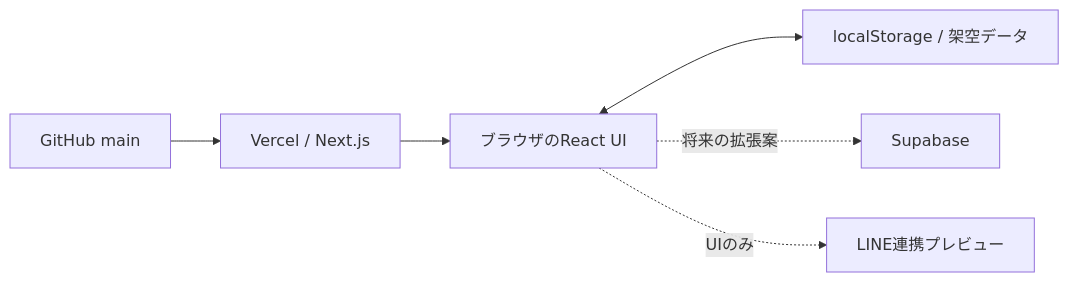
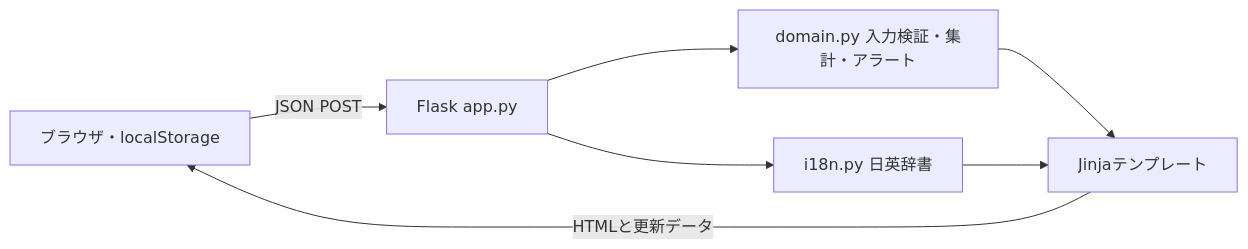
The diagram in docs/design.md (shweyikyiwin5898-star/sales-management-tool), drawn with Mermaid before and after one commit. The commit also changed other lines of this file and 32 other files, not shown here.

````diff
--- a/docs/design.md
+++ b/docs/design.md
@@ -88,8 +48,9 @@
 ```mermaid
 flowchart LR
-  G[GitHub main] --> V[Vercel / Next.js]
-  V --> B[ブラウザのReact UI]
-  B <--> L[localStorage / 架空データ]
-  B -. 将来の拡張案 .-> S[Supabase]
-  B -. UIのみ .-> LINE[LINE連携プレビュー]
+  A[ブラウザ・localStorage] -->|JSON POST| B[Flask app.py]
+  B --> C[domain.py 入力検証・集計・アラート]
+  B --> D[i18n.py 日英辞書]
+  C --> E[Jinjaテンプレート]
+  D --> E
+  E -->|HTMLと更新データ| A
 ```
````
